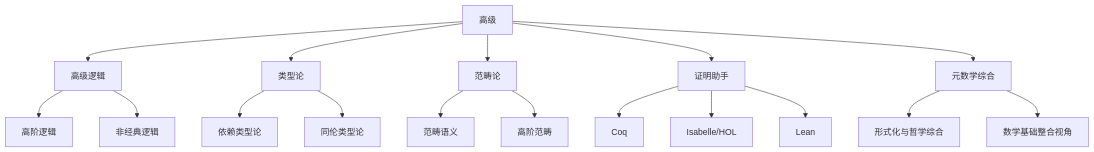
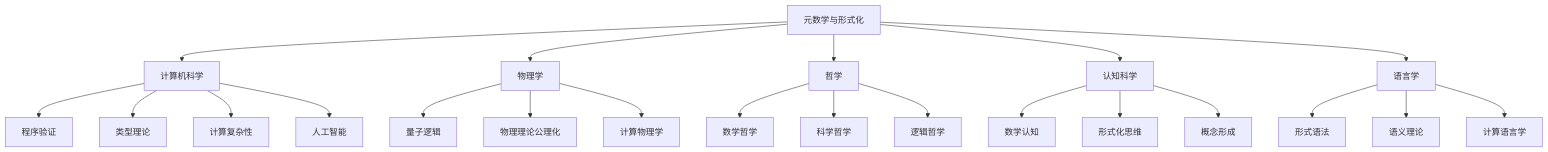
Before and after one commit to AdaMartin18010/Mathematics: the second of 2 diagrams in Math/Refactor/09-元数学与形式化/综合知识图谱-更新版.md, drawn with Mermaid. The commit also changed other lines of this file and 30 other files, not shown here.

````diff
--- a/Math/Refactor/09-元数学与形式化/综合知识图谱-更新版.md
+++ b/Math/Refactor/09-元数学与形式化/综合知识图谱-更新版.md
@@ -319,24 +220,24 @@
 ```mermaid
-graph TD
-    A[高级] --> B[高级逻辑]
-    A --> C[类型论]
-    A --> D[范畴论]
-    A --> E[证明助手]
-    A --> R[元数学综合]
-    
-    B --> F[高阶逻辑]
-    B --> G[非经典逻辑]
-    
-    C --> H[依赖类型论]
-    C --> I[同伦类型论]
-    
-    D --> J[范畴语义]
-    D --> K[高阶范畴]
-    
-    E --> L[Coq]
-    E --> M[Isabelle/HOL]
-    E --> N[Lean]
-    
-    R --> S[形式化与哲学综合]
-    R --> T[数学基础整合视角]
+flowchart TD
+    A[元数学与形式化] --> B1[计算机科学]
+    A --> B2[物理学]
+    A --> B3[哲学]
+    A --> B4[认知科学]
+    A --> B5[语言学]
+    B1 --> C1[程序验证]
+    B1 --> C2[类型理论]
+    B1 --> C3[计算复杂性]
+    B1 --> C4[人工智能]
+    B2 --> D1[量子逻辑]
+    B2 --> D2[物理理论公理化]
+    B2 --> D3[计算物理学]
+    B3 --> E1[数学哲学]
+    B3 --> E2[科学哲学]
+    B3 --> E3[逻辑哲学]
+    B4 --> F1[数学认知]
+    B4 --> F2[形式化思维]
+    B4 --> F3[概念形成]
+    B5 --> G1[形式语法]
+    B5 --> G2[语义理论]
+    B5 --> G3[计算语言学]
 ```
````
